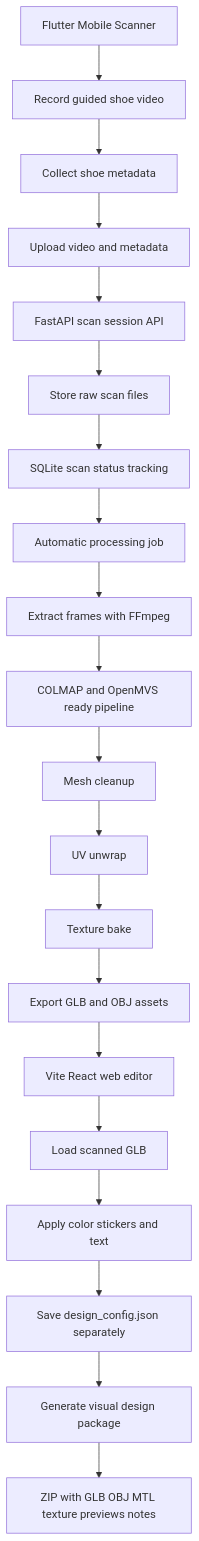
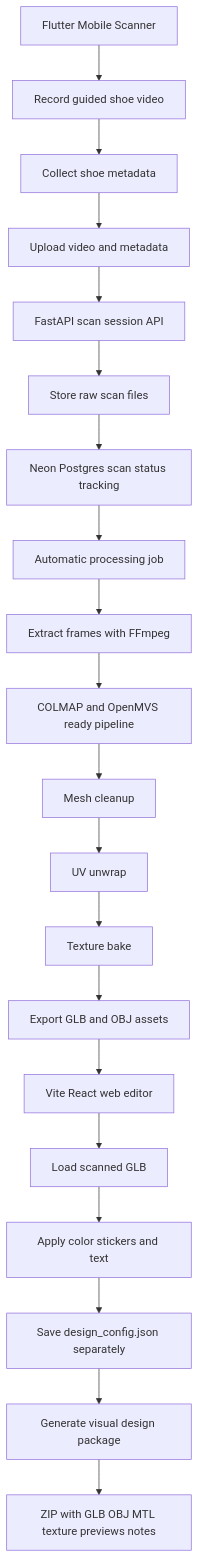
The fifth of 12 diagrams in docs/implementation-flows.md (kiet-ta/ar-ai-exe), drawn with Mermaid before and after one commit. The commit also changed other lines of this file and 16 other files, not shown here.

Commit message:
feat(database): add Neon Postgres flow docs and secure ignores

````diff
--- a/docs/implementation-flows.md
+++ b/docs/implementation-flows.md
@@ -82,22 +82,22 @@
 ```mermaid
 flowchart TD
     A["Flutter Mobile Scanner"] --> B["Record guided shoe video"]
     B --> C["Collect shoe metadata"]
     C --> D["Upload video and metadata"]
     D --> E["FastAPI scan session API"]
     E --> F["Store raw scan files"]
-    F --> G["SQLite scan status tracking"]
+    F --> G["Neon Postgres scan status tracking"]
     G --> H["Automatic processing job"]
     H --> I["Extract frames with FFmpeg"]
     I --> J["COLMAP and OpenMVS ready pipeline"]
     J --> K["Mesh cleanup"]
     K --> L["UV unwrap"]
     L --> M["Texture bake"]
     M --> N["Export GLB and OBJ assets"]
     N --> O["Vite React web editor"]
     O --> P["Load scanned GLB"]
     P --> Q["Apply color stickers and text"]
     Q --> R["Save design_config.json separately"]
     R --> S["Generate visual design package"]
     S --> T["ZIP with GLB OBJ MTL texture previews notes"]
 ```
````
